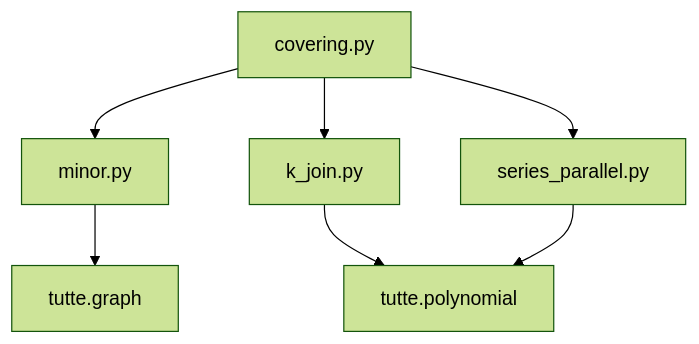
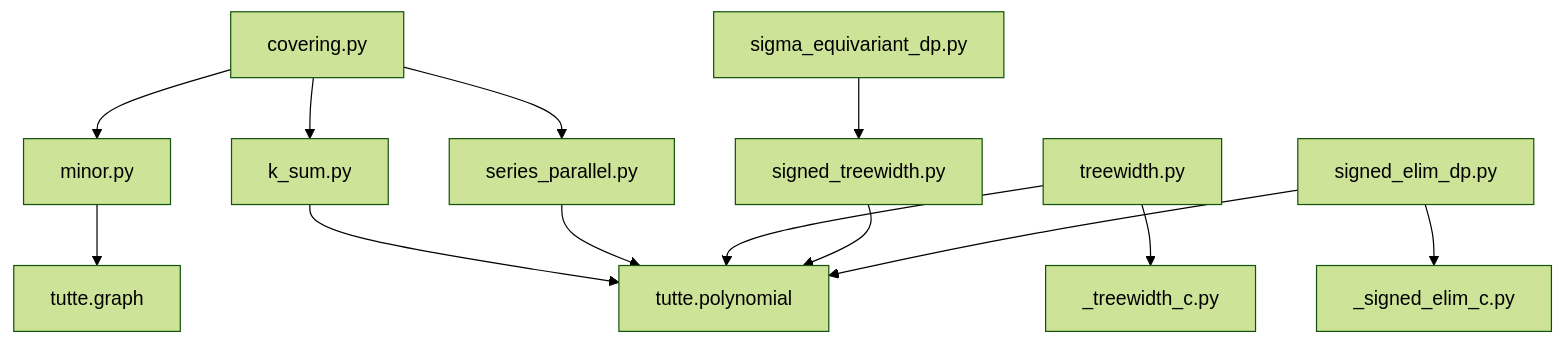
The diagram in tutte/graphs/README.md (QuipNetwork/quip-protocol), drawn with Mermaid (forest theme) before and after one commit. The commit also changed other lines of this file and 72 other files, not shown here.

````diff
--- a/tutte/graphs/README.md
+++ b/tutte/graphs/README.md
@@ -16,9 +26,15 @@
 ```mermaid
 graph TD
     C[covering.py] --> M[minor.py]
-    C --> K[k_join.py]
+    C --> KS[k_sum.py]
     C --> SP[series_parallel.py]
-    K --> P[tutte.polynomial]
+    KS --> P[tutte.polynomial]
     SP --> P
     M --> G[tutte.graph]
+    TW[treewidth.py] --> TWC[_treewidth_c.py]
+    TW --> P
+    STW[signed_treewidth.py] --> P
+    SED[signed_elim_dp.py] --> SEC[_signed_elim_c.py]
+    SED --> P
+    SEQ[sigma_equivariant_dp.py] --> STW
 ```
````
